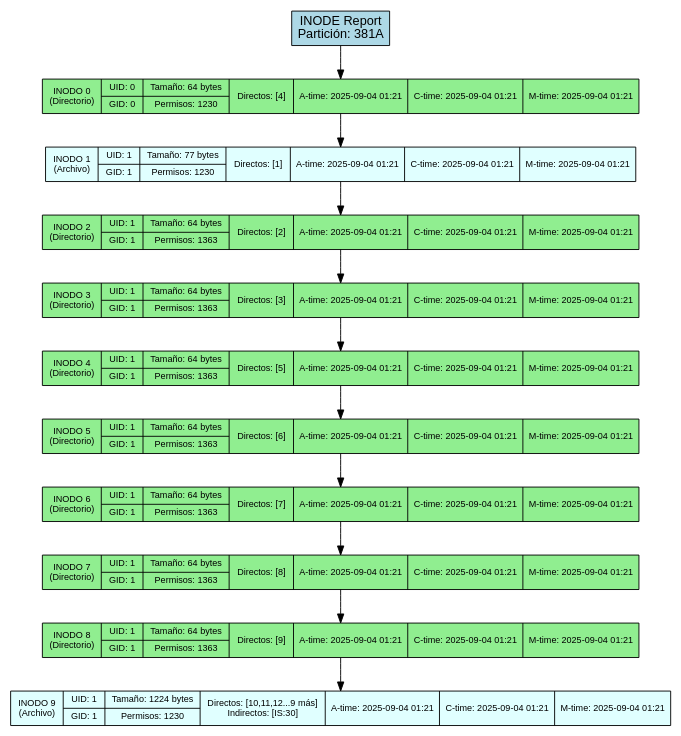
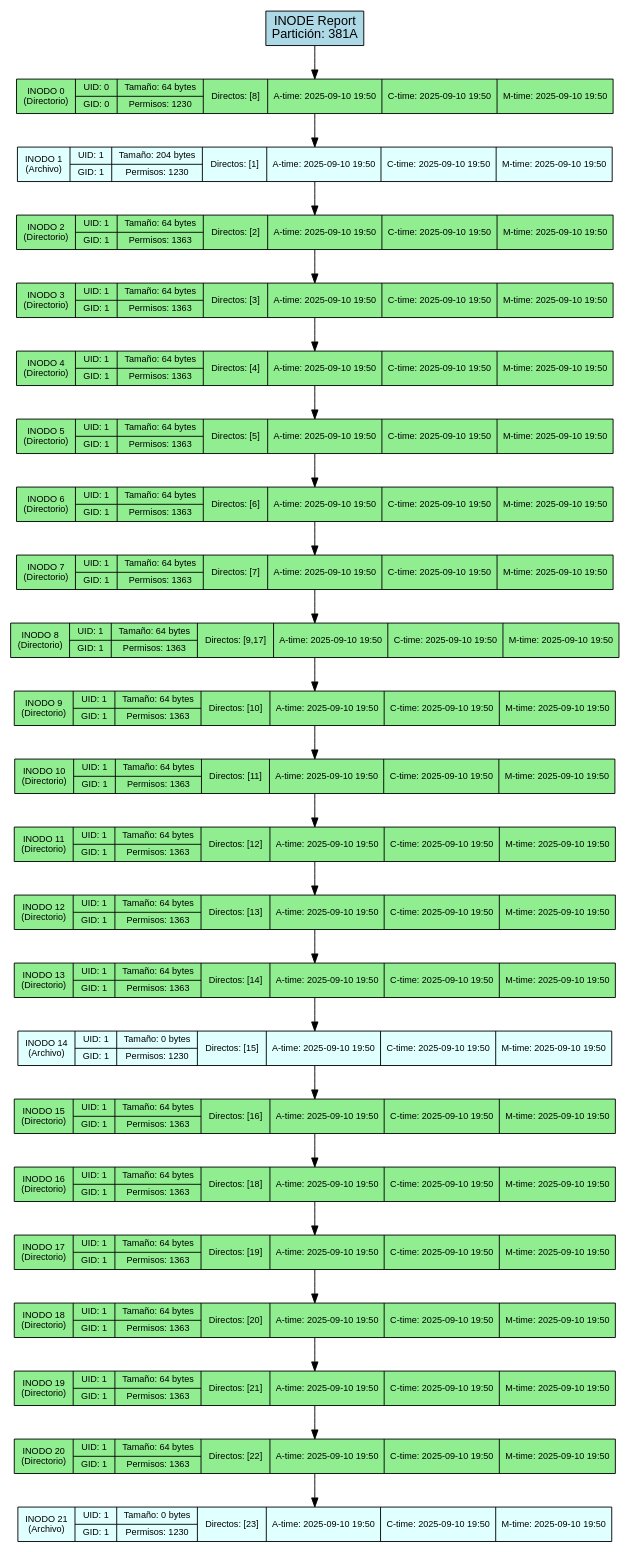
Before and after one commit to DiegVas/MIA_2S2025_P1_202300638: the diagram in backend/provider/reports/src/inode_381A.dot, drawn with Graphviz. The commit also changed 28 other files, not shown here.

```diff
--- a/backend/provider/reports/src/inode_381A.dot
+++ b/backend/provider/reports/src/inode_381A.dot
@@ -1,32 +1,56 @@
 digraph Inode_Report {
     rankdir=TB;
     node [shape=record, style=filled];
     graph [fontname="Arial", fontsize=12];
     node [fontname="Arial", fontsize=10];
     edge [fontname="Arial"];
 
     title [label="INODE Report\nPartición: 381A", fillcolor=lightblue, fontsize=14];
 
-    inode_0 [label="INODO 0\n(Directorio)|{UID: 0 | GID: 0}|{Tamaño: 64 bytes | Permisos: 1230}|{Directos: [4]}|{A-time: 2025-09-04 01:21}|{C-time: 2025-09-04 01:21}|{M-time: 2025-09-04 01:21}", fillcolor=lightgreen];
-    inode_1 [label="INODO 1\n(Archivo)|{UID: 1 | GID: 1}|{Tamaño: 77 bytes | Permisos: 1230}|{Directos: [1]}|{A-time: 2025-09-04 01:21}|{C-time: 2025-09-04 01:21}|{M-time: 2025-09-04 01:21}", fillcolor=lightcyan];
-    inode_2 [label="INODO 2\n(Directorio)|{UID: 1 | GID: 1}|{Tamaño: 64 bytes | Permisos: 1363}|{Directos: [2]}|{A-time: 2025-09-04 01:21}|{C-time: 2025-09-04 01:21}|{M-time: 2025-09-04 01:21}", fillcolor=lightgreen];
-    inode_3 [label="INODO 3\n(Directorio)|{UID: 1 | GID: 1}|{Tamaño: 64 bytes | Permisos: 1363}|{Directos: [3]}|{A-time: 2025-09-04 01:21}|{C-time: 2025-09-04 01:21}|{M-time: 2025-09-04 01:21}", fillcolor=lightgreen];
-    inode_4 [label="INODO 4\n(Directorio)|{UID: 1 | GID: 1}|{Tamaño: 64 bytes | Permisos: 1363}|{Directos: [5]}|{A-time: 2025-09-04 01:21}|{C-time: 2025-09-04 01:21}|{M-time: 2025-09-04 01:21}", fillcolor=lightgreen];
-    inode_5 [label="INODO 5\n(Directorio)|{UID: 1 | GID: 1}|{Tamaño: 64 bytes | Permisos: 1363}|{Directos: [6]}|{A-time: 2025-09-04 01:21}|{C-time: 2025-09-04 01:21}|{M-time: 2025-09-04 01:21}", fillcolor=lightgreen];
-    inode_6 [label="INODO 6\n(Directorio)|{UID: 1 | GID: 1}|{Tamaño: 64 bytes | Permisos: 1363}|{Directos: [7]}|{A-time: 2025-09-04 01:21}|{C-time: 2025-09-04 01:21}|{M-time: 2025-09-04 01:21}", fillcolor=lightgreen];
-    inode_7 [label="INODO 7\n(Directorio)|{UID: 1 | GID: 1}|{Tamaño: 64 bytes | Permisos: 1363}|{Directos: [8]}|{A-time: 2025-09-04 01:21}|{C-time: 2025-09-04 01:21}|{M-time: 2025-09-04 01:21}", fillcolor=lightgreen];
-    inode_8 [label="INODO 8\n(Directorio)|{UID: 1 | GID: 1}|{Tamaño: 64 bytes | Permisos: 1363}|{Directos: [9]}|{A-time: 2025-09-04 01:21}|{C-time: 2025-09-04 01:21}|{M-time: 2025-09-04 01:21}", fillcolor=lightgreen];
-    inode_9 [label="INODO 9\n(Archivo)|{UID: 1 | GID: 1}|{Tamaño: 1224 bytes | Permisos: 1230}|{Directos: [10,11,12...9 más]\lIndirectos: [IS:30]}|{A-time: 2025-09-04 01:21}|{C-time: 2025-09-04 01:21}|{M-time: 2025-09-04 01:21}", fillcolor=lightcyan];
+    inode_0 [label="INODO 0\n(Directorio)|{UID: 0 | GID: 0}|{Tamaño: 64 bytes | Permisos: 1230}|{Directos: [8]}|{A-time: 2025-09-10 19:50}|{C-time: 2025-09-10 19:50}|{M-time: 2025-09-10 19:50}", fillcolor=lightgreen];
+    inode_1 [label="INODO 1\n(Archivo)|{UID: 1 | GID: 1}|{Tamaño: 204 bytes | Permisos: 1230}|{Directos: [1]}|{A-time: 2025-09-10 19:50}|{C-time: 2025-09-10 19:50}|{M-time: 2025-09-10 19:50}", fillcolor=lightcyan];
+    inode_2 [label="INODO 2\n(Directorio)|{UID: 1 | GID: 1}|{Tamaño: 64 bytes | Permisos: 1363}|{Directos: [2]}|{A-time: 2025-09-10 19:50}|{C-time: 2025-09-10 19:50}|{M-time: 2025-09-10 19:50}", fillcolor=lightgreen];
+    inode_3 [label="INODO 3\n(Directorio)|{UID: 1 | GID: 1}|{Tamaño: 64 bytes | Permisos: 1363}|{Directos: [3]}|{A-time: 2025-09-10 19:50}|{C-time: 2025-09-10 19:50}|{M-time: 2025-09-10 19:50}", fillcolor=lightgreen];
+    inode_4 [label="INODO 4\n(Directorio)|{UID: 1 | GID: 1}|{Tamaño: 64 bytes | Permisos: 1363}|{Directos: [4]}|{A-time: 2025-09-10 19:50}|{C-time: 2025-09-10 19:50}|{M-time: 2025-09-10 19:50}", fillcolor=lightgreen];
+    inode_5 [label="INODO 5\n(Directorio)|{UID: 1 | GID: 1}|{Tamaño: 64 bytes | Permisos: 1363}|{Directos: [5]}|{A-time: 2025-09-10 19:50}|{C-time: 2025-09-10 19:50}|{M-time: 2025-09-10 19:50}", fillcolor=lightgreen];
+    inode_6 [label="INODO 6\n(Directorio)|{UID: 1 | GID: 1}|{Tamaño: 64 bytes | Permisos: 1363}|{Directos: [6]}|{A-time: 2025-09-10 19:50}|{C-time: 2025-09-10 19:50}|{M-time: 2025-09-10 19:50}", fillcolor=lightgreen];
+    inode_7 [label="INODO 7\n(Directorio)|{UID: 1 | GID: 1}|{Tamaño: 64 bytes | Permisos: 1363}|{Directos: [7]}|{A-time: 2025-09-10 19:50}|{C-time: 2025-09-10 19:50}|{M-time: 2025-09-10 19:50}", fillcolor=lightgreen];
+    inode_8 [label="INODO 8\n(Directorio)|{UID: 1 | GID: 1}|{Tamaño: 64 bytes | Permisos: 1363}|{Directos: [9,17]}|{A-time: 2025-09-10 19:50}|{C-time: 2025-09-10 19:50}|{M-time: 2025-09-10 19:50}", fillcolor=lightgreen];
+    inode_9 [label="INODO 9\n(Directorio)|{UID: 1 | GID: 1}|{Tamaño: 64 bytes | Permisos: 1363}|{Directos: [10]}|{A-time: 2025-09-10 19:50}|{C-time: 2025-09-10 19:50}|{M-time: 2025-09-10 19:50}", fillcolor=lightgreen];
+    inode_10 [label="INODO 10\n(Directorio)|{UID: 1 | GID: 1}|{Tamaño: 64 bytes | Permisos: 1363}|{Directos: [11]}|{A-time: 2025-09-10 19:50}|{C-time: 2025-09-10 19:50}|{M-time: 2025-09-10 19:50}", fillcolor=lightgreen];
+    inode_11 [label="INODO 11\n(Directorio)|{UID: 1 | GID: 1}|{Tamaño: 64 bytes | Permisos: 1363}|{Directos: [12]}|{A-time: 2025-09-10 19:50}|{C-time: 2025-09-10 19:50}|{M-time: 2025-09-10 19:50}", fillcolor=lightgreen];
+    inode_12 [label="INODO 12\n(Directorio)|{UID: 1 | GID: 1}|{Tamaño: 64 bytes | Permisos: 1363}|{Directos: [13]}|{A-time: 2025-09-10 19:50}|{C-time: 2025-09-10 19:50}|{M-time: 2025-09-10 19:50}", fillcolor=lightgreen];
+    inode_13 [label="INODO 13\n(Directorio)|{UID: 1 | GID: 1}|{Tamaño: 64 bytes | Permisos: 1363}|{Directos: [14]}|{A-time: 2025-09-10 19:50}|{C-time: 2025-09-10 19:50}|{M-time: 2025-09-10 19:50}", fillcolor=lightgreen];
+    inode_14 [label="INODO 14\n(Archivo)|{UID: 1 | GID: 1}|{Tamaño: 0 bytes | Permisos: 1230}|{Directos: [15]}|{A-time: 2025-09-10 19:50}|{C-time: 2025-09-10 19:50}|{M-time: 2025-09-10 19:50}", fillcolor=lightcyan];
+    inode_15 [label="INODO 15\n(Directorio)|{UID: 1 | GID: 1}|{Tamaño: 64 bytes | Permisos: 1363}|{Directos: [16]}|{A-time: 2025-09-10 19:50}|{C-time: 2025-09-10 19:50}|{M-time: 2025-09-10 19:50}", fillcolor=lightgreen];
+    inode_16 [label="INODO 16\n(Directorio)|{UID: 1 | GID: 1}|{Tamaño: 64 bytes | Permisos: 1363}|{Directos: [18]}|{A-time: 2025-09-10 19:50}|{C-time: 2025-09-10 19:50}|{M-time: 2025-09-10 19:50}", fillcolor=lightgreen];
+    inode_17 [label="INODO 17\n(Directorio)|{UID: 1 | GID: 1}|{Tamaño: 64 bytes | Permisos: 1363}|{Directos: [19]}|{A-time: 2025-09-10 19:50}|{C-time: 2025-09-10 19:50}|{M-time: 2025-09-10 19:50}", fillcolor=lightgreen];
+    inode_18 [label="INODO 18\n(Directorio)|{UID: 1 | GID: 1}|{Tamaño: 64 bytes | Permisos: 1363}|{Directos: [20]}|{A-time: 2025-09-10 19:50}|{C-time: 2025-09-10 19:50}|{M-time: 2025-09-10 19:50}", fillcolor=lightgreen];
+    inode_19 [label="INODO 19\n(Directorio)|{UID: 1 | GID: 1}|{Tamaño: 64 bytes | Permisos: 1363}|{Directos: [21]}|{A-time: 2025-09-10 19:50}|{C-time: 2025-09-10 19:50}|{M-time: 2025-09-10 19:50}", fillcolor=lightgreen];
+    inode_20 [label="INODO 20\n(Directorio)|{UID: 1 | GID: 1}|{Tamaño: 64 bytes | Permisos: 1363}|{Directos: [22]}|{A-time: 2025-09-10 19:50}|{C-time: 2025-09-10 19:50}|{M-time: 2025-09-10 19:50}", fillcolor=lightgreen];
+    inode_21 [label="INODO 21\n(Archivo)|{UID: 1 | GID: 1}|{Tamaño: 0 bytes | Permisos: 1230}|{Directos: [23]}|{A-time: 2025-09-10 19:50}|{C-time: 2025-09-10 19:50}|{M-time: 2025-09-10 19:50}", fillcolor=lightcyan];
 
     // Conexiones de la lista enlazada
     title -> inode_0;
     inode_0 -> inode_1;
     inode_1 -> inode_2;
     inode_2 -> inode_3;
     inode_3 -> inode_4;
     inode_4 -> inode_5;
     inode_5 -> inode_6;
     inode_6 -> inode_7;
     inode_7 -> inode_8;
     inode_8 -> inode_9;
+    inode_9 -> inode_10;
+    inode_10 -> inode_11;
+    inode_11 -> inode_12;
+    inode_12 -> inode_13;
+    inode_13 -> inode_14;
+    inode_14 -> inode_15;
+    inode_15 -> inode_16;
+    inode_16 -> inode_17;
+    inode_17 -> inode_18;
+    inode_18 -> inode_19;
+    inode_19 -> inode_20;
+    inode_20 -> inode_21;
 }
```
